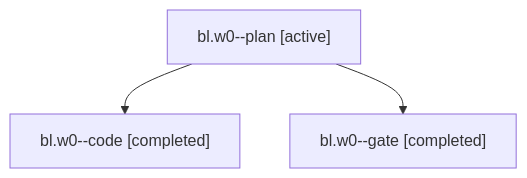
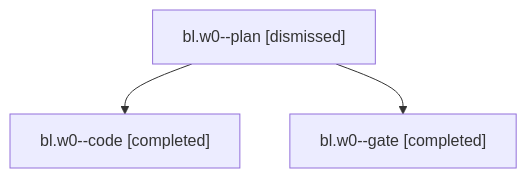
Before and after one commit to bobs-org/bob-cli--agents: the diagram in sessions/bbugyi200.apollo.bl.w0.md, drawn with Mermaid. The commit also changed other lines of this file and 24 other files, not shown here.

````diff
--- a/sessions/bbugyi200.apollo.bl.w0.md
+++ b/sessions/bbugyi200.apollo.bl.w0.md
@@ -9,8 +9,8 @@
 ```mermaid
 flowchart TD
-  n0["bl.w0--plan [active]"]
+  n0["bl.w0--plan [dismissed]"]
   n1["bl.w0--code [completed]"]
   n0 --> n1
   n2["bl.w0--gate [completed]"]
   n0 --> n2
 ```
````
